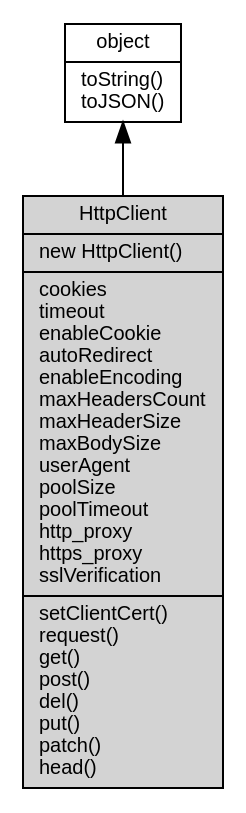
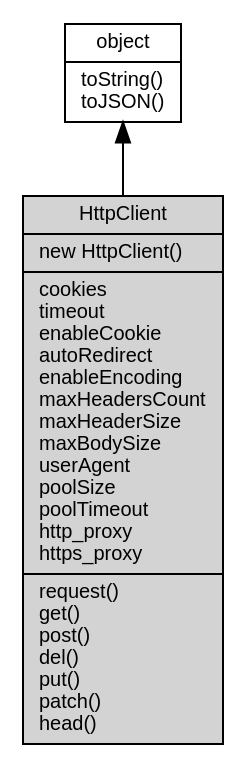
Before and after one commit to fibjs/fibjs.org: the diagram in docs/manual/object/ifs/HttpClient.md, drawn with Graphviz. The commit also changed other lines of this file and 58 other files, not shown here.

````diff
--- a/docs/manual/object/ifs/HttpClient.md
+++ b/docs/manual/object/ifs/HttpClient.md
@@ -45,10 +45,10 @@
 ```dot
 digraph {
     node [fontname="Helvetica,sans-Serif", fontsize=10, shape="record", style="filled", fillcolor="white"];
 
     object [tooltip="object", URL="object.md", label="{object|toString()\ltoJSON()\l}"];
-    HttpClient [tooltip="HttpClient", fillcolor="lightgray", id="me", label="{HttpClient|new HttpClient()\l|cookies\ltimeout\lenableCookie\lautoRedirect\lenableEncoding\lmaxHeadersCount\lmaxHeaderSize\lmaxBodySize\luserAgent\lpoolSize\lpoolTimeout\lhttp_proxy\lhttps_proxy\lsslVerification\l|setClientCert()\lrequest()\lget()\lpost()\ldel()\lput()\lpatch()\lhead()\l}"];
+    HttpClient [tooltip="HttpClient", fillcolor="lightgray", id="me", label="{HttpClient|new HttpClient()\l|cookies\ltimeout\lenableCookie\lautoRedirect\lenableEncoding\lmaxHeadersCount\lmaxHeaderSize\lmaxBodySize\luserAgent\lpoolSize\lpoolTimeout\lhttp_proxy\lhttps_proxy\l|request()\lget()\lpost()\ldel()\lput()\lpatch()\lhead()\l}"];
 
     object -> HttpClient [dir=back];
 }
 ```
````
